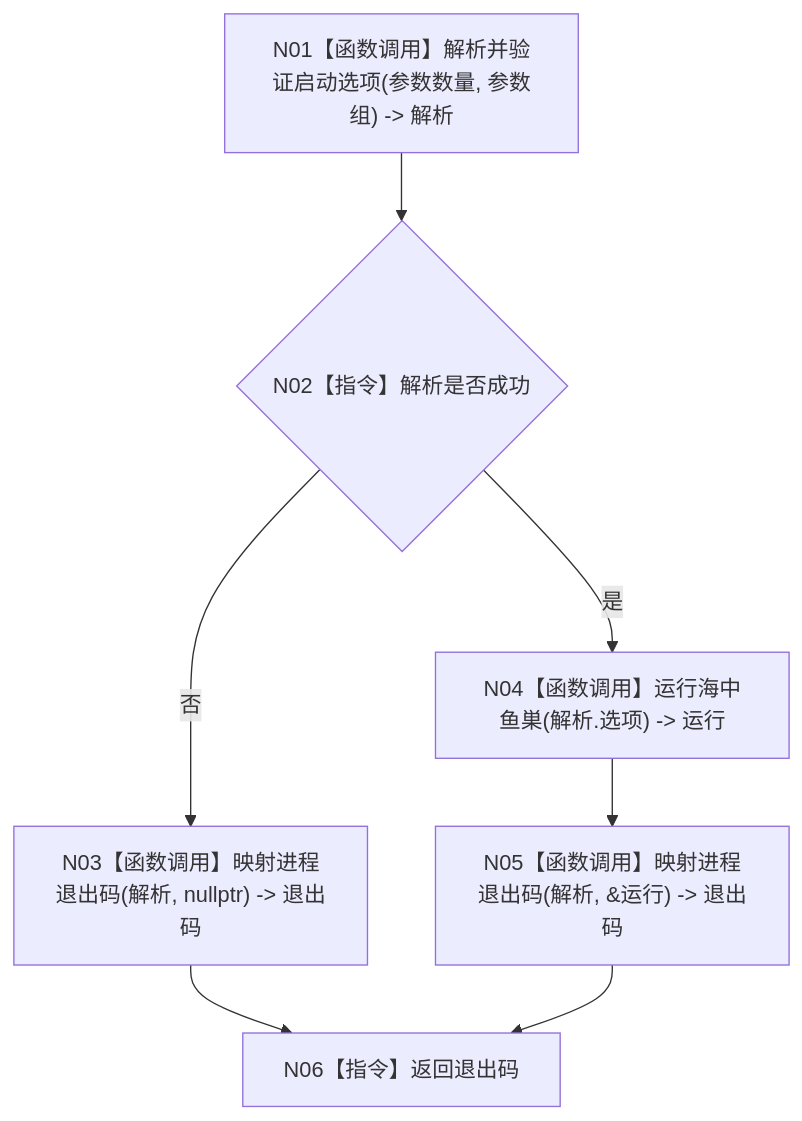
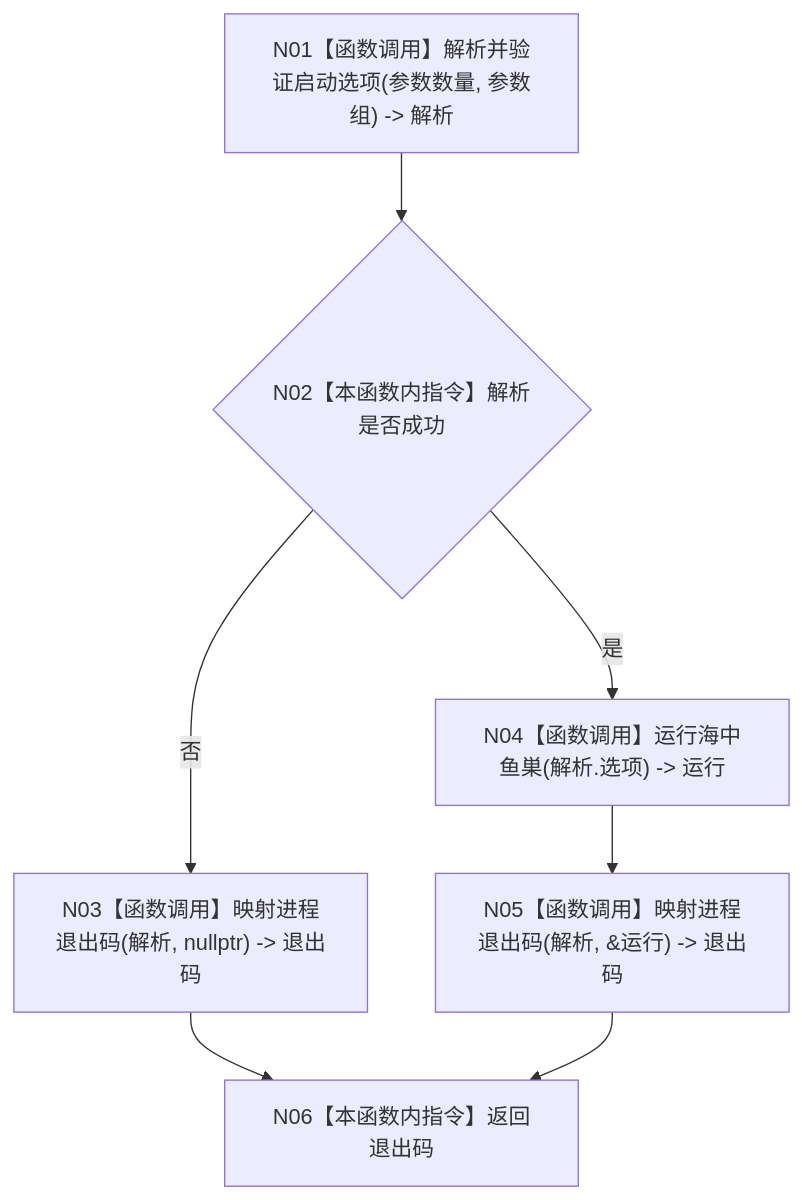
Before and after one commit to chunhaizh-cyber/HY-Ego: the diagram in 流程图/20260726_ENTRY-ONLY_F01_main_施工流程图_v0.1.md, drawn with Mermaid. The commit also changed other lines of this file and 88 other files, not shown here.

````diff
--- a/流程图/20260726_ENTRY-ONLY_F01_main_施工流程图_v0.1.md
+++ b/流程图/20260726_ENTRY-ONLY_F01_main_施工流程图_v0.1.md
@@ -12,9 +32,9 @@
 ```mermaid
 flowchart TD
-    N01["N01【函数调用】解析并验证启动选项(参数数量, 参数组) -> 解析"] --> N02{"N02【指令】解析是否成功"}
+    N01["N01【函数调用】解析并验证启动选项(参数数量, 参数组) -> 解析"] --> N02{"N02【本函数内指令】解析是否成功"}
     N02 -- "否" --> N03["N03【函数调用】映射进程退出码(解析, nullptr) -> 退出码"]
     N02 -- "是" --> N04["N04【函数调用】运行海中鱼巣(解析.选项) -> 运行"]
     N04 --> N05["N05【函数调用】映射进程退出码(解析, &运行) -> 退出码"]
-    N03 --> N06["N06【指令】返回退出码"]
+    N03 --> N06["N06【本函数内指令】返回退出码"]
     N05 --> N06
 ```
````
